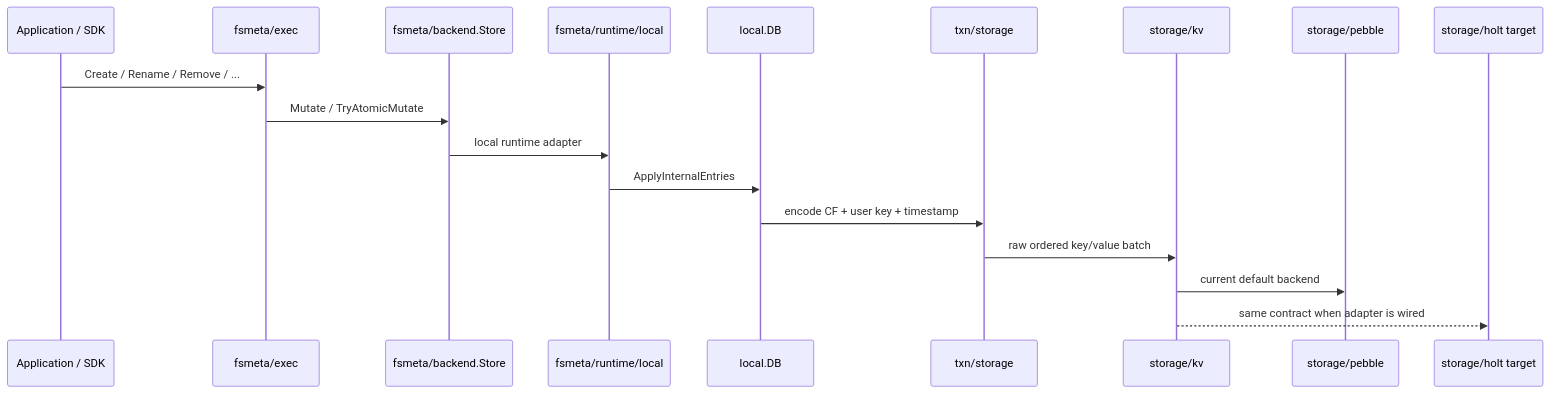
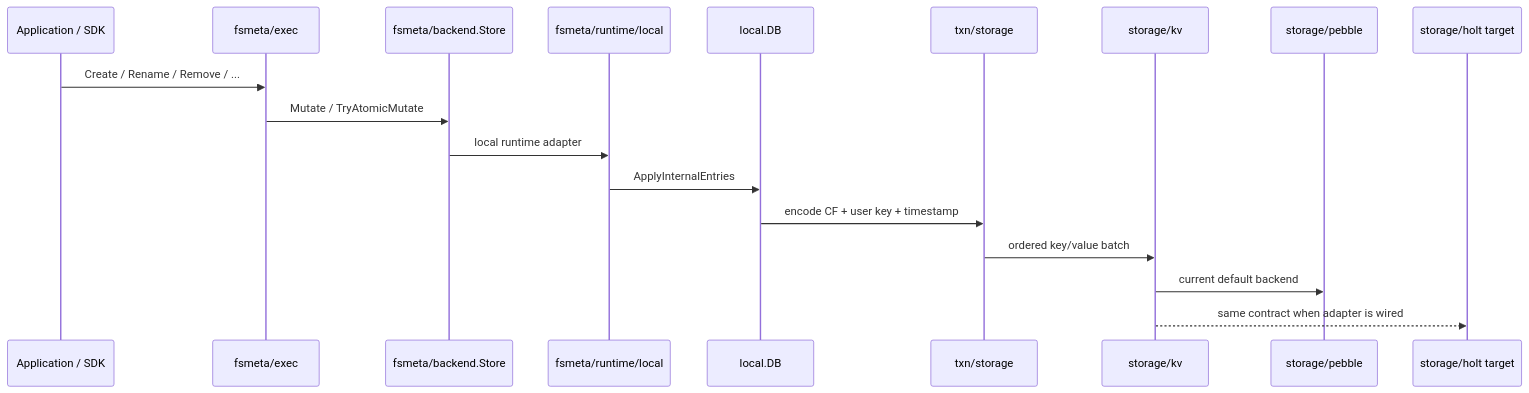
The first of 2 diagrams in docs/guide/runtime.md (NoKV-Lab/NoKV), drawn with Mermaid before and after one commit. The commit also changed other lines of this file and 59 other files, not shown here.

Commit message:
refactor: clean storage backend naming

````diff
--- a/docs/guide/runtime.md
+++ b/docs/guide/runtime.md
@@ -16,21 +16,21 @@
 ```mermaid
 sequenceDiagram
     participant App as Application / SDK
     participant Exec as fsmeta/exec
     participant Backend as fsmeta/backend.Store
     participant Local as fsmeta/runtime/local
     participant DB as local.DB
     participant MVCC as txn/storage
-    participant Raw as storage/kv
+    participant KV as storage/kv
     participant Pebble as storage/pebble
     participant Holt as storage/holt target
 
     App->>Exec: Create / Rename / Remove / ...
     Exec->>Backend: Mutate / TryAtomicMutate
     Backend->>Local: local runtime adapter
     Local->>DB: ApplyInternalEntries
     DB->>MVCC: encode CF + user key + timestamp
-    MVCC->>Raw: raw ordered key/value batch
-    Raw->>Pebble: current default backend
-    Raw-->>Holt: same contract when adapter is wired
+    MVCC->>KV: ordered key/value batch
+    KV->>Pebble: current default backend
+    KV-->>Holt: same contract when adapter is wired
 ```
````
